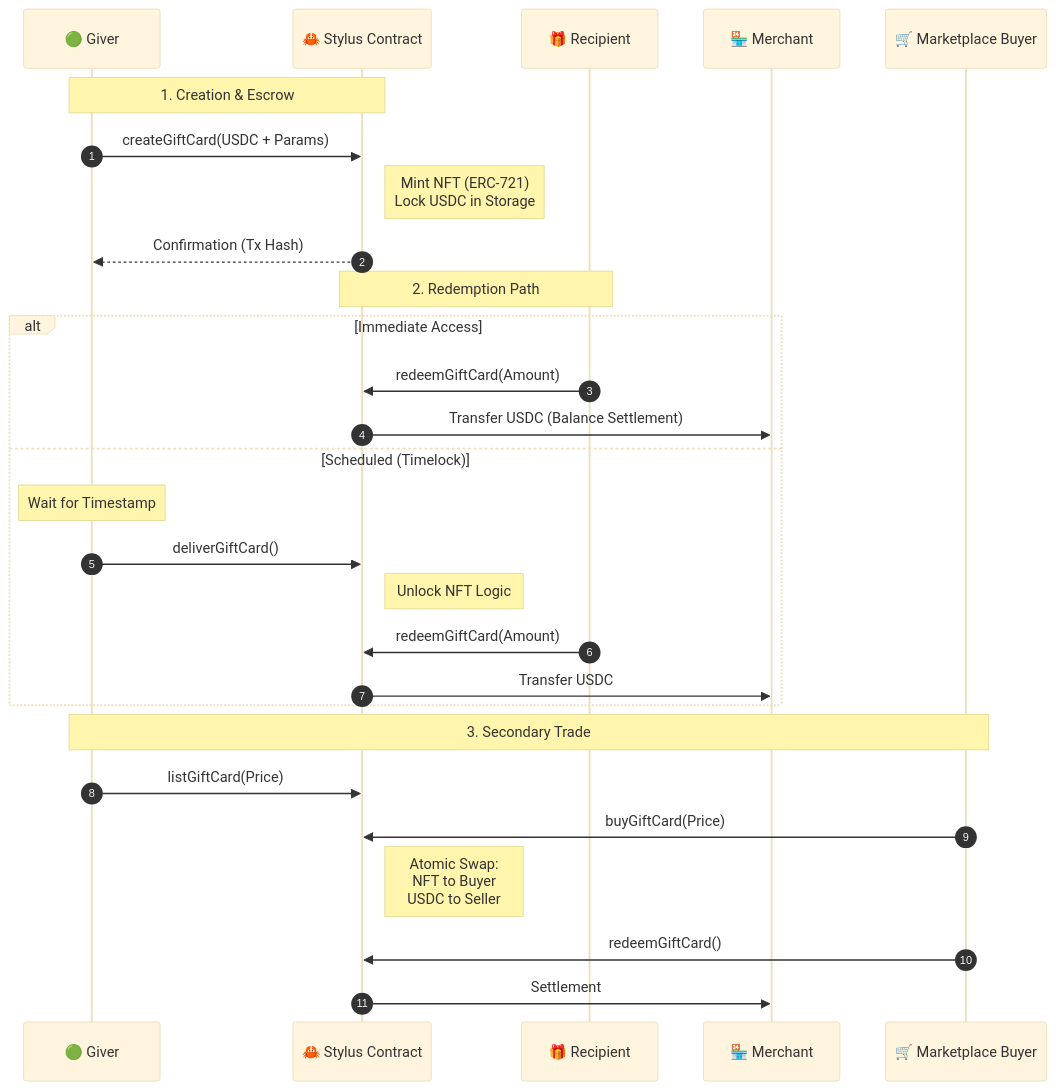
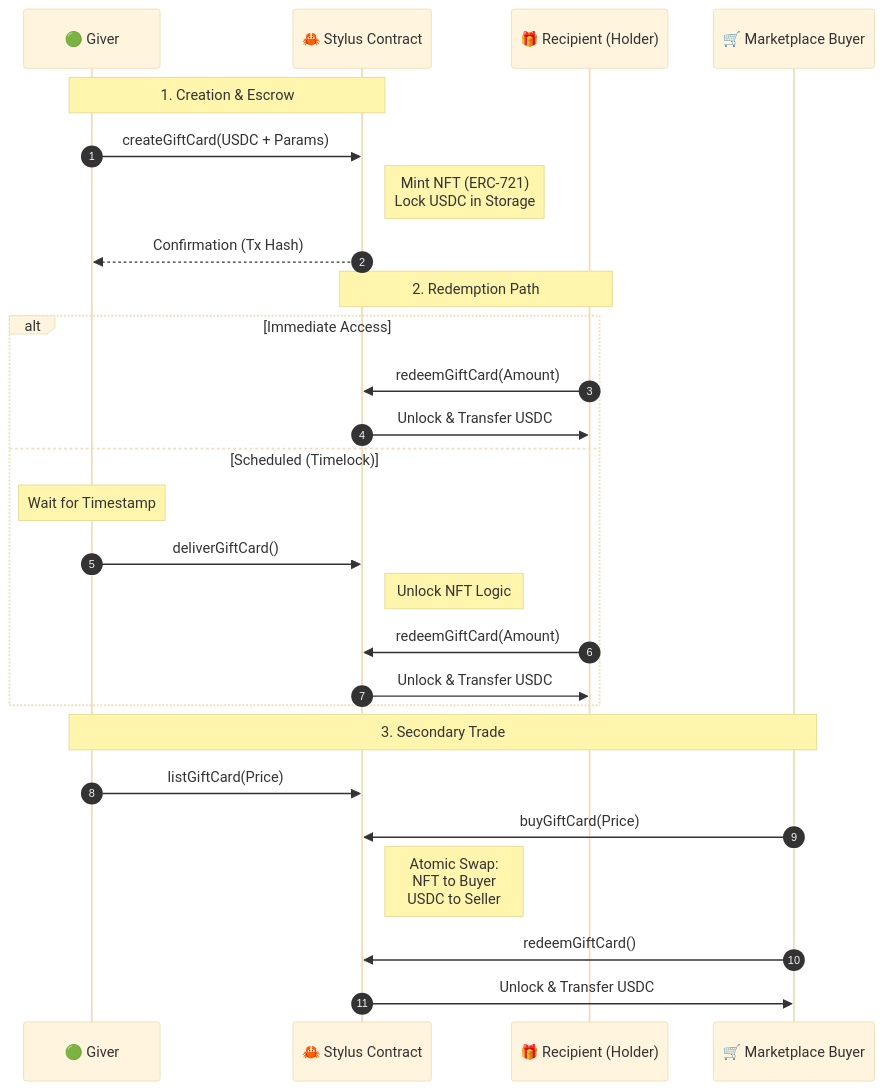
Before and after one commit to FlemingJohn/FlexiGift: the diagram in diagrams/flow.mmd, drawn with Mermaid (base theme). The commit also changed 7 other files, not shown here.

```diff
--- a/diagrams/flow.mmd
+++ b/diagrams/flow.mmd
@@ -1,31 +1,30 @@
 sequenceDiagram
     autonumber
     participant G as 🟢 Giver
     participant C as 🦀 Stylus Contract
-    participant R as 🎁 Recipient
-    participant M as 🏪 Merchant
+    participant R as 🎁 Recipient (Holder)
     participant B as 🛒 Marketplace Buyer
 
     Note over G, C: 1. Creation & Escrow
     G->>C: createGiftCard(USDC + Params)
     Note right of C: Mint NFT (ERC-721)<br/>Lock USDC in Storage
     C-->>G: Confirmation (Tx Hash)
 
     Note over C, R: 2. Redemption Path
     alt Immediate Access
         R->>C: redeemGiftCard(Amount)
-        C->>M: Transfer USDC (Balance Settlement)
+        C->>R: Unlock & Transfer USDC
     else Scheduled (Timelock)
         Note over G: Wait for Timestamp
         G->>C: deliverGiftCard()
         Note right of C: Unlock NFT Logic
         R->>C: redeemGiftCard(Amount)
-        C->>M: Transfer USDC
+        C->>R: Unlock & Transfer USDC
     end
 
     Note over G, B: 3. Secondary Trade
     G->>C: listGiftCard(Price)
     B->>C: buyGiftCard(Price)
     Note right of C: Atomic Swap:<br/>NFT to Buyer<br/>USDC to Seller
     B->>C: redeemGiftCard()
-    C->>M: Settlement
+    C->>B: Unlock & Transfer USDC
```
